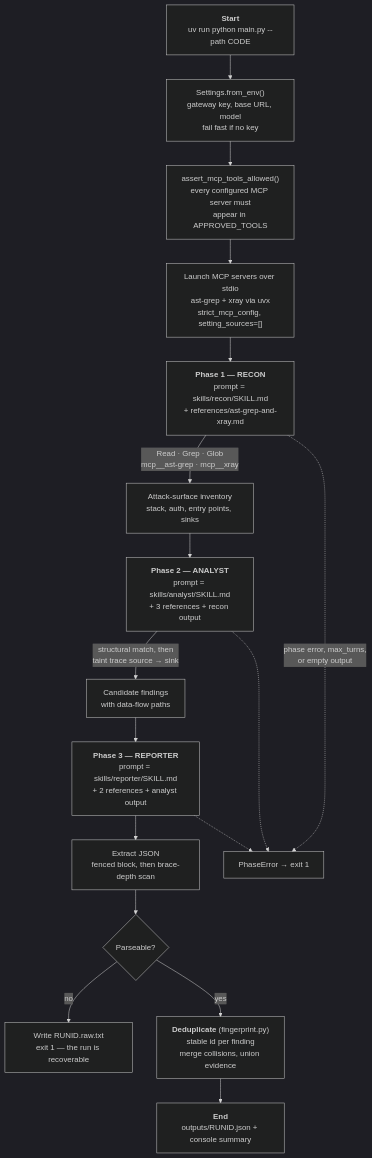
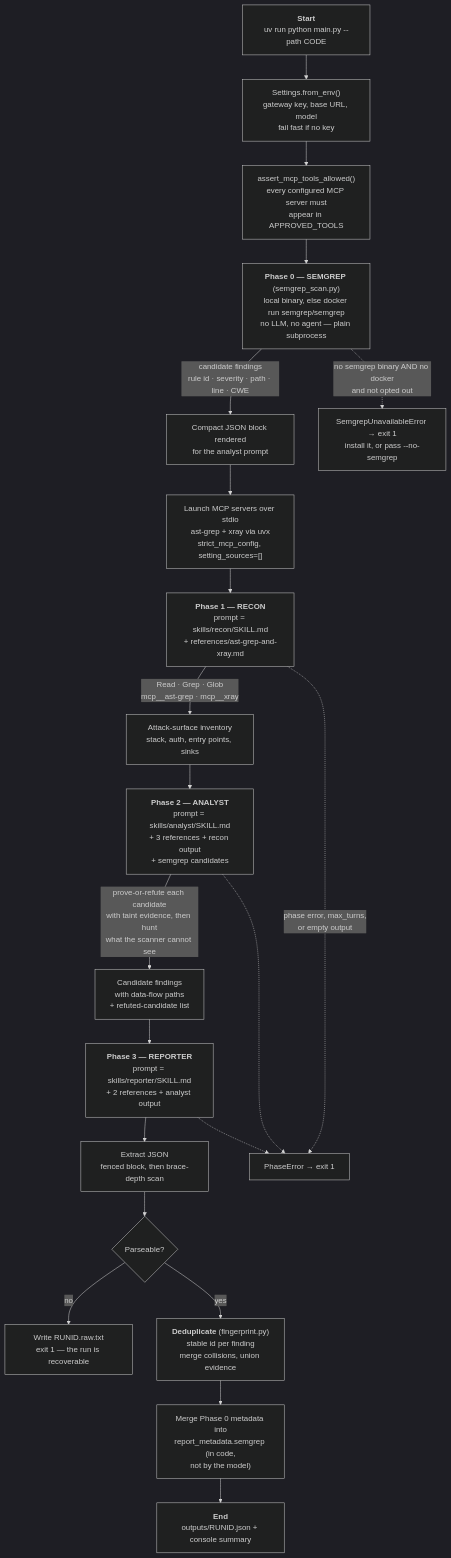
Before and after one commit to zidaniel123/sast-agent: the diagram in README.md, drawn with Mermaid (dark theme). The commit also changed other lines of this file and 10 other files, not shown here.

First line of the commit message:
Add deterministic Semgrep pre-scan (Phase 0) grounding analyst findings

````diff
--- a/README.md
+++ b/README.md
@@ -17,24 +21,28 @@
 ```mermaid
 flowchart TD
     A["<b>Start</b><br/>uv run python main.py --path CODE"] --> B["Settings.from_env()<br/>gateway key, base URL, model<br/>fail fast if no key"]
     B --> C["assert_mcp_tools_allowed()<br/>every configured MCP server must<br/>appear in APPROVED_TOOLS"]
-    C --> D["Launch MCP servers over stdio<br/>ast-grep + xray via uvx<br/>strict_mcp_config, setting_sources=[]"]
+    C --> P0["<b>Phase 0 — SEMGREP</b> (semgrep_scan.py)<br/>local binary, else docker run semgrep/semgrep<br/>no LLM, no agent — plain subprocess"]
+    P0 -->|"candidate findings<br/>rule id · severity · path · line · CWE"| P0B["Compact JSON block rendered<br/>for the analyst prompt"]
+    P0B --> D["Launch MCP servers over stdio<br/>ast-grep + xray via uvx<br/>strict_mcp_config, setting_sources=[]"]
 
     D --> E["<b>Phase 1 — RECON</b><br/>prompt = skills/recon/SKILL.md<br/>+ references/ast-grep-and-xray.md"]
     E -->|"Read · Grep · Glob<br/>mcp__ast-grep · mcp__xray"| F["Attack-surface inventory<br/>stack, auth, entry points, sinks"]
 
-    F --> G["<b>Phase 2 — ANALYST</b><br/>prompt = skills/analyst/SKILL.md<br/>+ 3 references + recon output"]
-    G -->|"structural match, then<br/>taint trace source → sink"| H["Candidate findings<br/>with data-flow paths"]
+    F --> G["<b>Phase 2 — ANALYST</b><br/>prompt = skills/analyst/SKILL.md<br/>+ 3 references + recon output<br/>+ semgrep candidates"]
+    G -->|"prove-or-refute each candidate<br/>with taint evidence, then hunt<br/>what the scanner cannot see"| H["Candidate findings<br/>with data-flow paths<br/>+ refuted-candidate list"]
 
     H --> I["<b>Phase 3 — REPORTER</b><br/>prompt = skills/reporter/SKILL.md<br/>+ 2 references + analyst output"]
     I --> J["Extract JSON<br/>fenced block, then brace-depth scan"]
 
     J --> K{"Parseable?"}
     K -->|no| L["Write RUNID.raw.txt<br/>exit 1 — the run is recoverable"]
     K -->|yes| M["<b>Deduplicate</b> (fingerprint.py)<br/>stable id per finding<br/>merge collisions, union evidence"]
-    M --> N["<b>End</b><br/>outputs/RUNID.json + console summary"]
+    M --> M2["Merge Phase 0 metadata into<br/>report_metadata.semgrep (in code,<br/>not by the model)"]
+    M2 --> N["<b>End</b><br/>outputs/RUNID.json + console summary"]
 
+    P0 -.->|"no semgrep binary AND no docker<br/>and not opted out"| X0["SemgrepUnavailableError → exit 1<br/>install it, or pass --no-semgrep"]
     E -.->|"phase error, max_turns,<br/>or empty output"| X["PhaseError → exit 1"]
     G -.-> X
     I -.-> X
 ```
````
